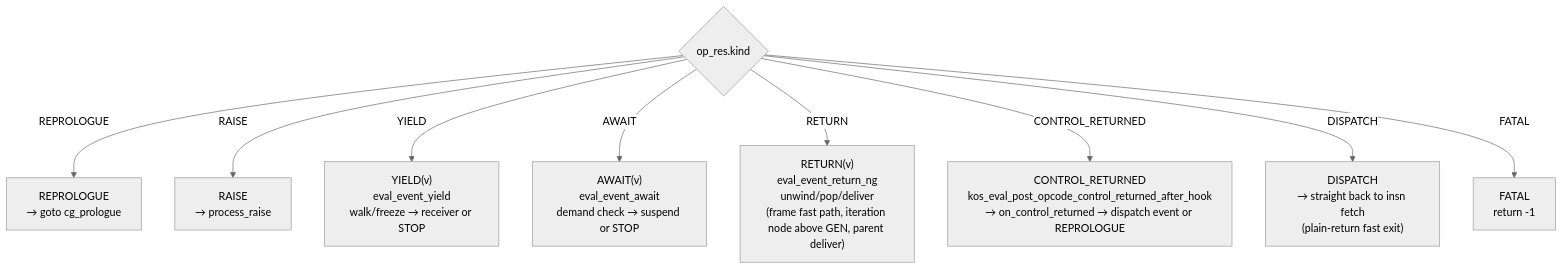
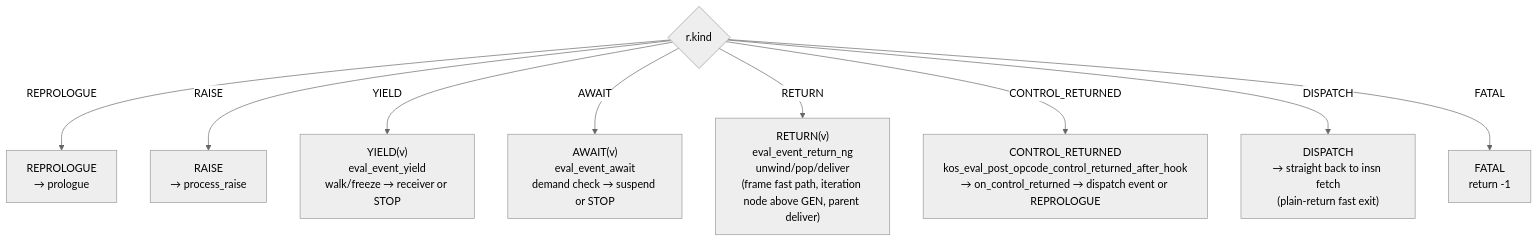
Before and after one commit to koskari-lang/koskari: the seventh of 11 diagrams in design/EVALUATOR.md, drawn with Mermaid (neutral theme). The commit also changed other lines of this file and 16 other files, not shown here.

````diff
--- a/design/EVALUATOR.md
+++ b/design/EVALUATOR.md
@@ -431,21 +466,21 @@
 ```mermaid
 flowchart TD
-    kind{"op_res.kind"}
-    repro["REPROLOGUE<br/>→ goto cg_prologue"]
+    kind{"r.kind"}
+    repro["REPROLOGUE<br/>→ prologue"]
     raise["RAISE<br/>→ process_raise"]
     yield["YIELD(v)<br/>eval_event_yield<br/>walk/freeze → receiver or STOP"]
     await["AWAIT(v)<br/>eval_event_await<br/>demand check → suspend or STOP"]
     ret["RETURN(v)<br/>eval_event_return_ng<br/>unwind/pop/deliver<br/>(frame fast path, iteration node above GEN, parent deliver)"]
     ctrl["CONTROL_RETURNED<br/>kos_eval_post_opcode_control_returned_after_hook<br/>→ on_control_returned → dispatch event or REPROLOGUE"]
     disp["DISPATCH<br/>→ straight back to insn fetch<br/>(plain-return fast exit)"]
     fatal["FATAL<br/>return -1"]
 
     kind -->|REPROLOGUE| repro
     kind -->|RAISE| raise
     kind -->|YIELD| yield
     kind -->|AWAIT| await
     kind -->|RETURN| ret
     kind -->|CONTROL_RETURNED| ctrl
     kind -->|DISPATCH| disp
     kind -->|FATAL| fatal
 ```
````
